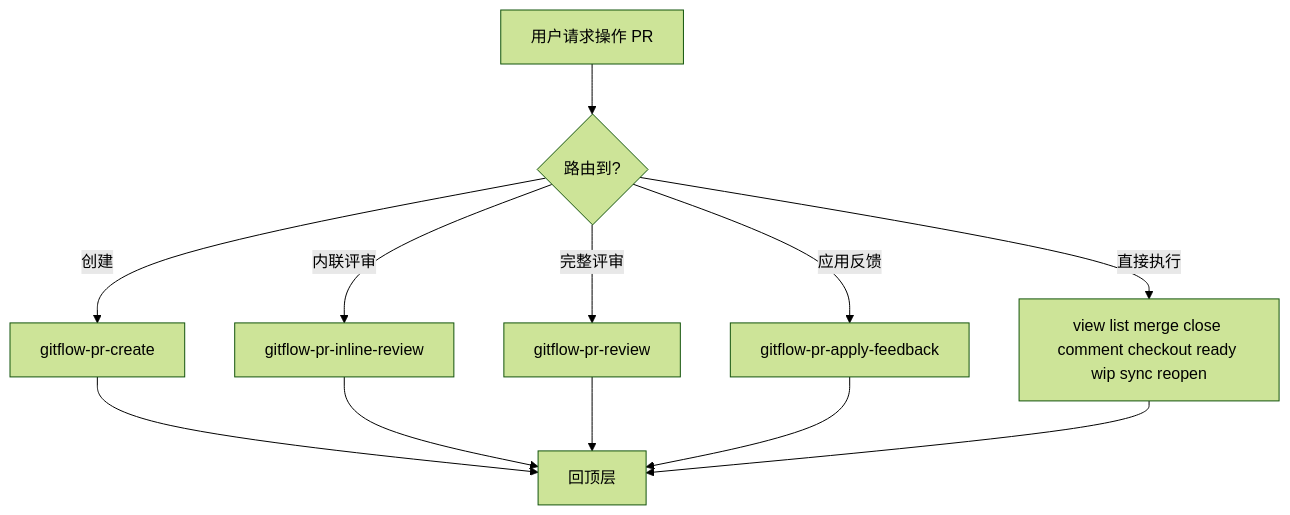
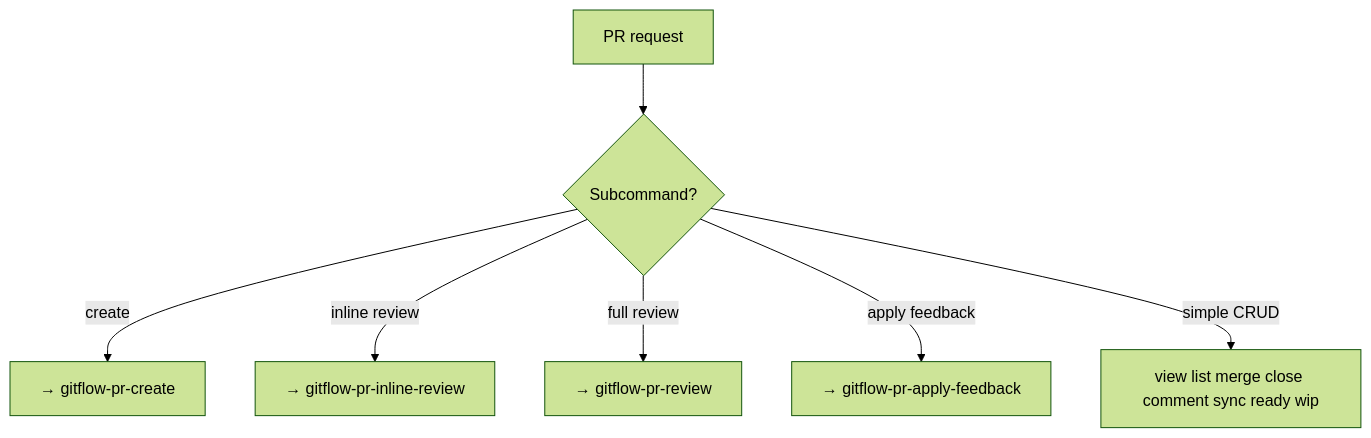
The diagram in skills/gitflow-pr/SKILL.md (byx-darwin/gitflow-cli), drawn with Mermaid (forest theme) before and after one commit. The commit also changed other lines of this file and 6 other files, not shown here.

````diff
--- a/skills/gitflow-pr/SKILL.md
+++ b/skills/gitflow-pr/SKILL.md
@@ -28,14 +27,9 @@
 ```mermaid
 flowchart TD
-  U[用户请求操作 PR] --> D{路由到?}
-  D -->|创建| C[gitflow-pr-create]
-  D -->|内联评审| R[gitflow-pr-inline-review]
-  D -->|完整评审| FR[gitflow-pr-review]
-  D -->|应用反馈| AF[gitflow-pr-apply-feedback]
-  D -->|直接执行| CMD[view list merge close comment checkout ready wip sync reopen]
-  C --> X[回顶层]
-  R --> X
-  FR --> X
-  AF --> X
-  CMD --> X
+  U[PR request] --> CMD{Subcommand?}
+  CMD -->|create| CR[→ gitflow-pr-create]
+  CMD -->|inline review| IR[→ gitflow-pr-inline-review]
+  CMD -->|full review| FR[→ gitflow-pr-review]
+  CMD -->|apply feedback| AF[→ gitflow-pr-apply-feedback]
+  CMD -->|simple CRUD| RUN[view list merge close comment sync ready wip]
 ```
````
